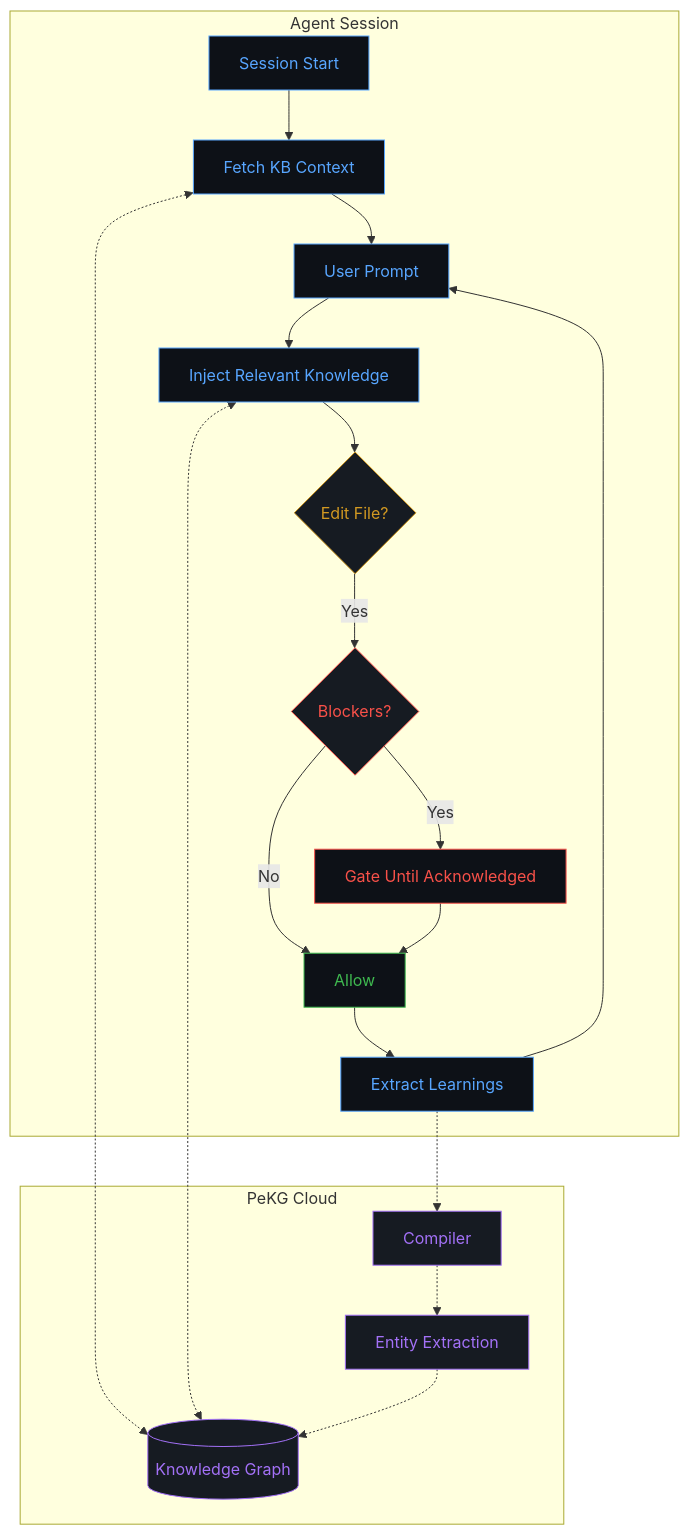
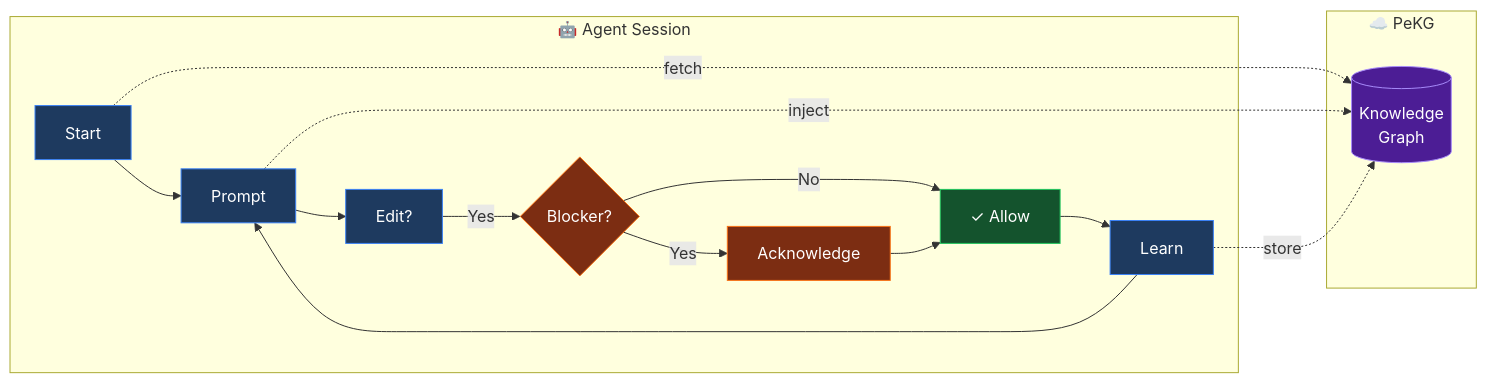
The diagram in README.md (PeKG-AI-Inc/plugins), drawn with Mermaid before and after one commit.

Commit message:
docs: cleaner horizontal flow diagram with better colors

````diff
--- a/README.md
+++ b/README.md
@@ -41,40 +41,30 @@
 ```mermaid
-flowchart TB
-    subgraph Session["Agent Session"]
-        A["Session Start"] --> B["Fetch KB Context"]
-        B --> C["User Prompt"]
-        C --> D["Inject Relevant Knowledge"]
-        D --> E{"Edit File?"}
-        E -->|Yes| F{"Blockers?"}
-        F -->|Yes| G["Gate Until Acknowledged"]
-        F -->|No| H["Allow"]
-        G --> H
-        H --> I["Extract Learnings"]
-        I --> C
+flowchart LR
+    subgraph Agent["🤖 Agent Session"]
+        A["Start"] --> B["Prompt"]
+        B --> C["Edit?"]
+        C -->|Yes| D{"Blocker?"}
+        D -->|Yes| E["Acknowledge"]
+        D -->|No| F["✓ Allow"]
+        E --> F
+        F --> G["Learn"]
+        G --> B
     end
 
-    subgraph Cloud["PeKG Cloud"]
-        J[("Knowledge Graph")]
-        K["Compiler"]
-        L["Entity Extraction"]
+    subgraph PeKG["☁️ PeKG"]
+        H[("Knowledge<br/>Graph")]
     end
 
-    B <-.-> J
-    D <-.-> J
-    I -.-> K
-    K -.-> L
-    L -.-> J
+    A -.->|"fetch"| H
+    B -.->|"inject"| H
+    G -.->|"store"| H
 
-    style A fill:#0d1117,stroke:#58a6ff,color:#58a6ff
-    style B fill:#0d1117,stroke:#58a6ff,color:#58a6ff
-    style C fill:#0d1117,stroke:#58a6ff,color:#58a6ff
-    style D fill:#0d1117,stroke:#58a6ff,color:#58a6ff
-    style E fill:#161b22,stroke:#d29922,color:#d29922
-    style F fill:#161b22,stroke:#f85149,color:#f85149
-    style G fill:#0d1117,stroke:#f85149,color:#f85149
-    style H fill:#0d1117,stroke:#3fb950,color:#3fb950
-    style I fill:#0d1117,stroke:#58a6ff,color:#58a6ff
-    style J fill:#161b22,stroke:#a371f7,color:#a371f7
-    style K fill:#161b22,stroke:#a371f7,color:#a371f7
-    style L fill:#161b22,stroke:#a371f7,color:#a371f7
+    style A fill:#1e3a5f,stroke:#3b82f6,color:#fff
+    style B fill:#1e3a5f,stroke:#3b82f6,color:#fff
+    style C fill:#1e3a5f,stroke:#3b82f6,color:#fff
+    style D fill:#7c2d12,stroke:#f97316,color:#fff
+    style E fill:#7c2d12,stroke:#f97316,color:#fff
+    style F fill:#14532d,stroke:#22c55e,color:#fff
+    style G fill:#1e3a5f,stroke:#3b82f6,color:#fff
+    style H fill:#4c1d95,stroke:#a78bfa,color:#fff
 ```
````
